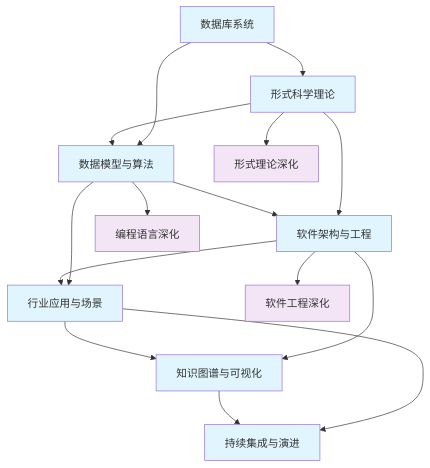
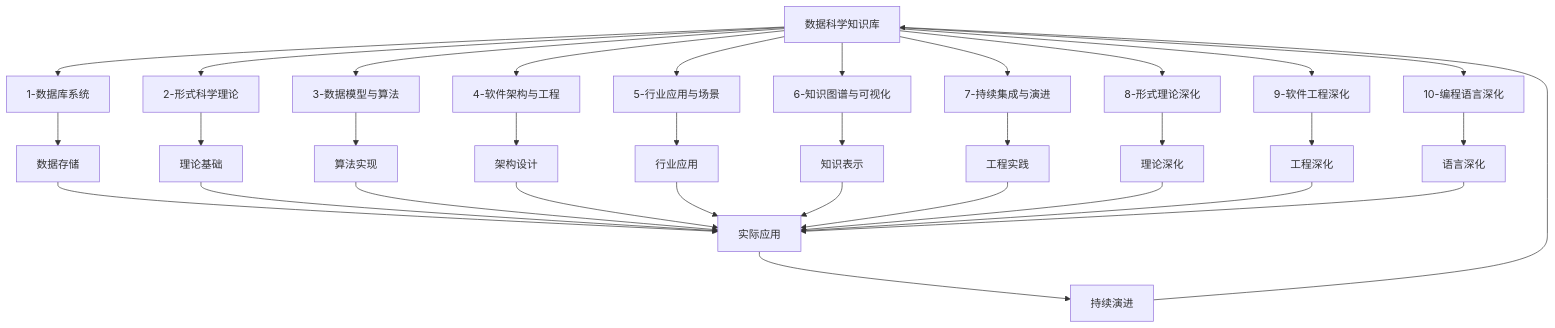
One commit to AdaMartin18010/Data-Science changed the diagram in Analysis/README.md. Above: the diagram before and after it, drawn with Mermaid. The commit also changed other lines of this file and 11 other files, not shown here.

````diff
--- a/Analysis/README.md
+++ b/Analysis/README.md
@@ -90,29 +104,38 @@
 ```mermaid
 graph TB
-    %% 核心分支
-    DB[数据库系统] --> Theory[形式科学理论]
-    Theory --> Algorithm[数据模型与算法]
-    Algorithm --> Architecture[软件架构与工程]
-    Architecture --> Application[行业应用与场景]
-    Application --> Knowledge[知识图谱与可视化]
-    Knowledge --> CI[持续集成与演进]
+    A[数据科学知识库] --> B[1-数据库系统]
+    A --> C[2-形式科学理论]
+    A --> D[3-数据模型与算法]
+    A --> E[4-软件架构与工程]
+    A --> F[5-行业应用与场景]
+    A --> G[6-知识图谱与可视化]
+    A --> H[7-持续集成与演进]
+    A --> I[8-形式理论深化]
+    A --> J[9-软件工程深化]
+    A --> K[10-编程语言深化]
     
-    %% 深化分支
-    Theory --> DeepTheory[形式理论深化]
-    Architecture --> DeepArch[软件工程深化]
-    Algorithm --> DeepLang[编程语言深化]
+    B --> L[数据存储]
+    C --> M[理论基础]
+    D --> N[算法实现]
+    E --> O[架构设计]
+    F --> P[行业应用]
+    G --> Q[知识表示]
+    H --> R[工程实践]
+    I --> S[理论深化]
+    J --> T[工程深化]
+    K --> U[语言深化]
     
-    %% 交叉引用
-    DB --> Algorithm
-    Theory --> Architecture
-    Algorithm --> Application
-    Architecture --> Knowledge
-    Application --> CI
+    L --> V[实际应用]
+    M --> V
+    N --> V
+    O --> V
+    P --> V
+    Q --> V
+    R --> V
+    S --> V
+    T --> V
+    U --> V
     
-    %% 样式
-    classDef core fill:#e1f5fe
-    classDef deep fill:#f3e5f5
-    
-    class DB,Theory,Algorithm,Architecture,Application,Knowledge,CI core
-    class DeepTheory,DeepArch,DeepLang deep
+    V --> W[持续演进]
+    W --> A
 ```
````
